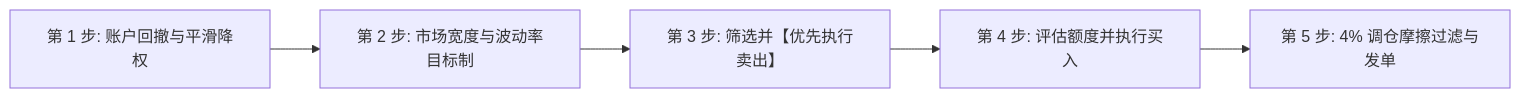
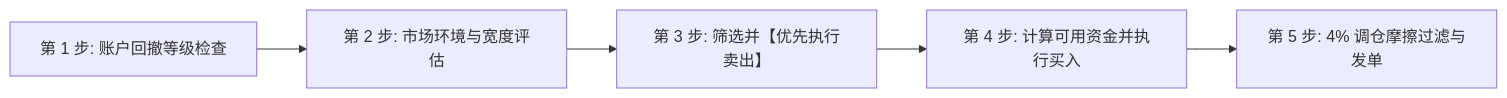
One commit to stonewell/quant_research changed the second of 2 diagrams in docs/ruleset/chan_four_state_blend/rules_cn.md. Above: the diagram before and after it, drawn with Mermaid. The commit also changed other lines of this file and 15 other files, not shown here.

````diff
--- a/docs/ruleset/chan_four_state_blend/rules_cn.md
+++ b/docs/ruleset/chan_four_state_blend/rules_cn.md
@@ -53,7 +35,7 @@
 ```mermaid
 flowchart LR
-    T1["第 1 步: 账户回撤与平滑降权"] --> T2["第 2 步: 市场宽度与波动率目标制"]
+    T1["第 1 步: 账户回撤等级检查"] --> T2["第 2 步: 市场环境与宽度评估"]
     T2 --> T3["第 3 步: 筛选并【优先执行卖出】"]
-    T3 --> T4["第 4 步: 评估额度并执行买入"]
+    T3 --> T4["第 4 步: 计算可用资金并执行买入"]
     T4 --> T5["第 5 步: 4% 调仓摩擦过滤与发单"]
 ```
````
